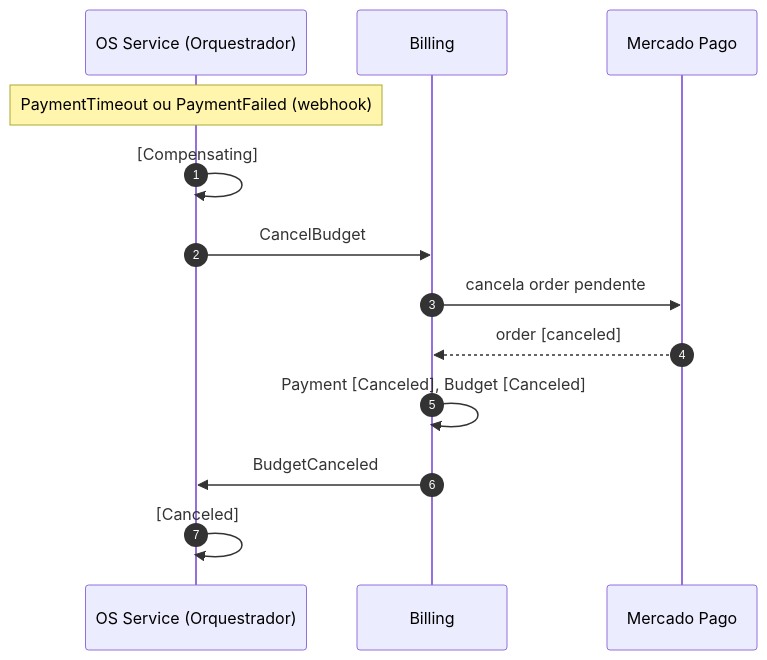
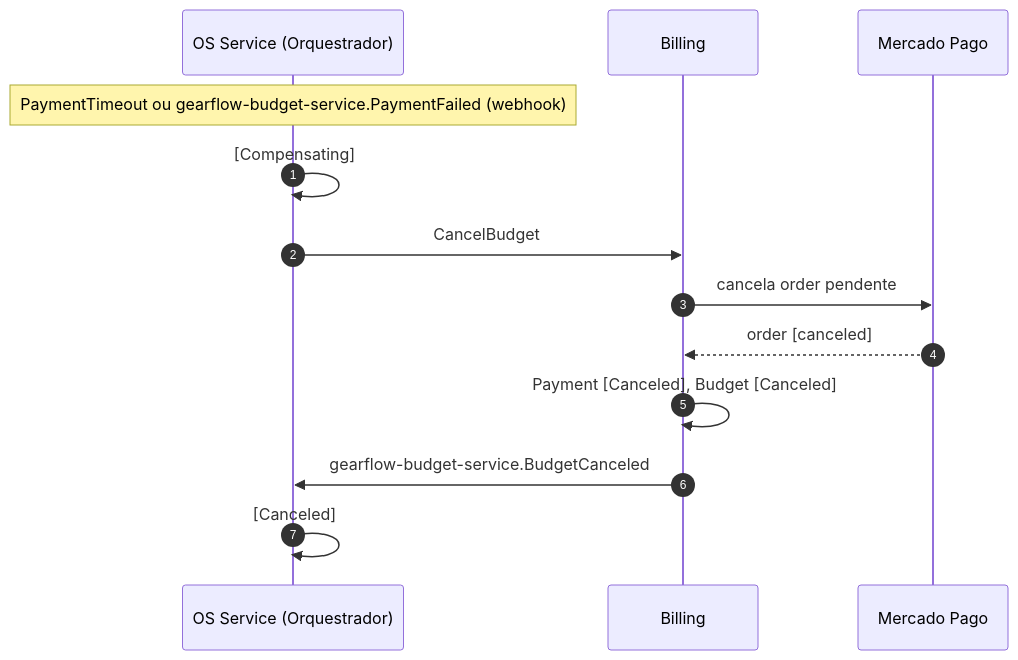
One commit to Gearflow-Fiap/gearflow-budget-service changed the fourth of 5 diagrams in docs/fluxo-saga.md. Above: the diagram before and after it, drawn with Mermaid. The commit also changed other lines of this file and 29 other files, not shown here.

Commit message:
docs: document billing architecture, mock flow and validation evidence

````diff
--- a/docs/fluxo-saga.md
+++ b/docs/fluxo-saga.md
@@ -165,16 +167,16 @@
 ```mermaid
 sequenceDiagram
     autonumber
     participant OS as OS Service (Orquestrador)
     participant BI as Billing
     participant MP as Mercado Pago
 
-    Note over OS: PaymentTimeout ou PaymentFailed (webhook)
+    Note over OS: PaymentTimeout ou gearflow-budget-service.PaymentFailed (webhook)
     OS->>OS: [Compensating]
     OS->>BI: CancelBudget
     BI->>MP: cancela order pendente
     MP-->>BI: order [canceled]
     BI->>BI: Payment [Canceled], Budget [Canceled]
-    BI->>OS: BudgetCanceled
+    BI->>OS: gearflow-budget-service.BudgetCanceled
     OS->>OS: [Canceled]
 ```
````
